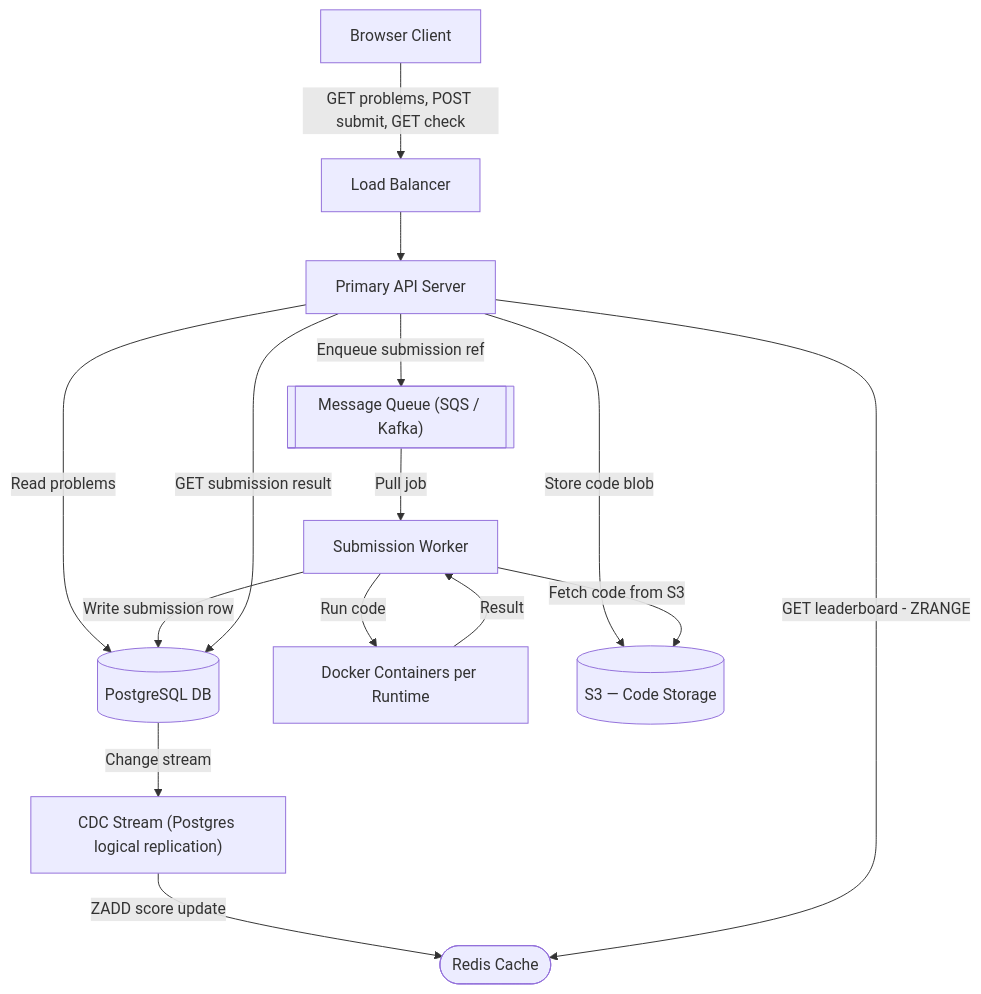
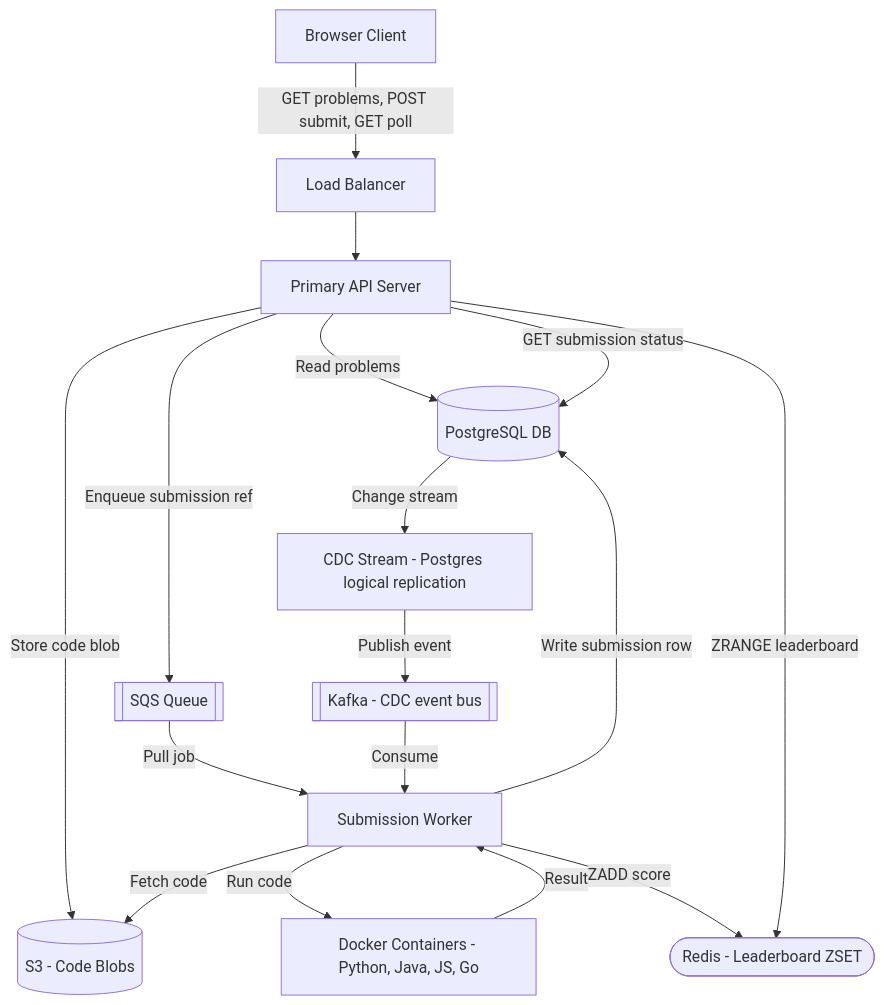
Before and after one commit to shyamalm88/MechineCoding: the third of 5 diagrams in system-design/latest & updated/leetcode-online-judge.md, drawn with Mermaid. The commit also changed other lines of this file and 9 other files, not shown here.

````diff
--- a/system-design/latest & updated/leetcode-online-judge.md
+++ b/system-design/latest & updated/leetcode-online-judge.md
@@ -176,28 +172,31 @@
 ```mermaid
 graph TD
     Client["Browser Client"]
     LB["Load Balancer"]
     API["Primary API Server"]
     DB[("PostgreSQL DB")]
-    Queue[["Message Queue (SQS / Kafka)"]]
+    Queue[["SQS Queue"]]
     Worker["Submission Worker"]
-    Docker["Docker Containers per Runtime"]
-    Redis(["Redis Cache"])
-    CDC["CDC Stream (Postgres logical replication)"]
-    S3[("S3 — Code Storage")]
+    Docker["Docker Containers - Python, Java, JS, Go"]
+    Redis(["Redis - Leaderboard ZSET"])
+    CDC["CDC Stream - Postgres logical replication"]
+    Kafka[["Kafka - CDC event bus"]]
+    S3[("S3 - Code Blobs")]
 
-    Client -->|GET problems, POST submit, GET check| LB
+    Client -->|GET problems, POST submit, GET poll| LB
     LB --> API
     API -->|Read problems| DB
+    API -->|Store code blob| S3
     API -->|Enqueue submission ref| Queue
-    API -->|Store code blob| S3
     Queue -->|Pull job| Worker
-    Worker -->|Fetch code from S3| S3
+    Worker -->|Fetch code| S3
     Worker -->|Run code| Docker
     Docker -->|Result| Worker
     Worker -->|Write submission row| DB
     DB -->|Change stream| CDC
-    CDC -->|ZADD score update| Redis
-    API -->|GET leaderboard - ZRANGE| Redis
-    API -->|GET submission result| DB
+    CDC -->|Publish event| Kafka
+    Kafka -->|Consume| Worker
+    Worker -->|ZADD score| Redis
+    API -->|ZRANGE leaderboard| Redis
+    API -->|GET submission status| DB
 ```
````
